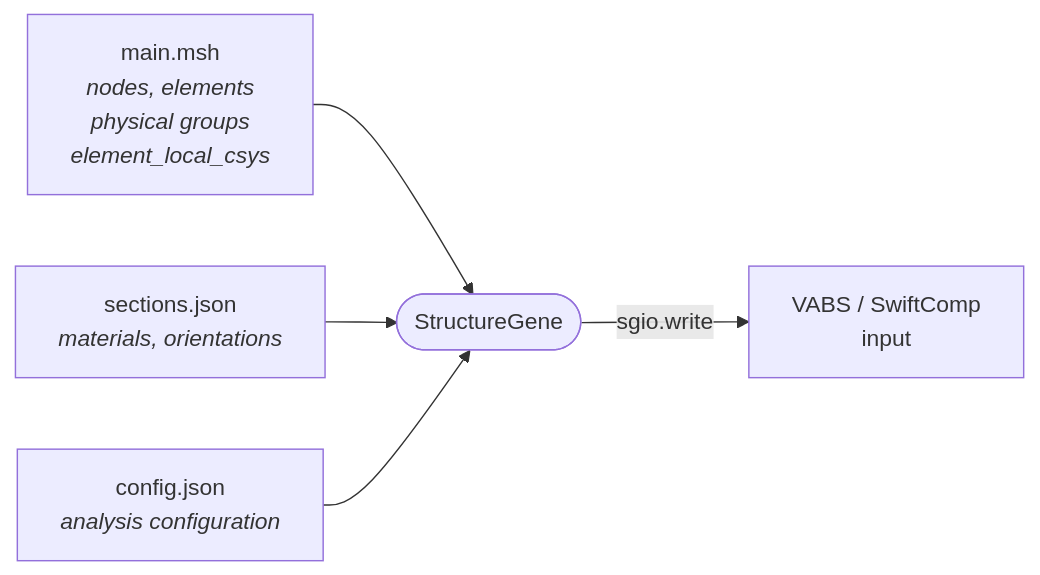
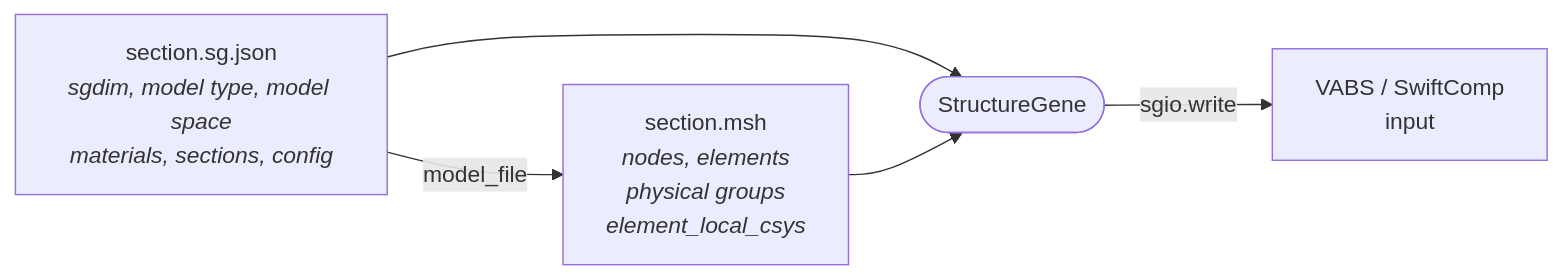
One commit to wenbinyugroup/sgio changed the diagram in docs/source/guide/gmsh.md. Above: the diagram before and after it, drawn with Mermaid. The commit also changed other lines of this file and 84 other files, not shown here.

````diff
--- a/docs/source/guide/gmsh.md
+++ b/docs/source/guide/gmsh.md
@@ -62,13 +62,12 @@
 ```{mermaid}
 flowchart LR
-    MSH["main.msh<br/><i>nodes, elements<br/>physical groups<br/>element_local_csys</i>"]
-    SEC["sections.json<br/><i>materials, orientations</i>"]
-    CFG["config.json<br/><i>analysis configuration</i>"]
+    MAN["section.sg.json<br/><i>sgdim, model type, model space<br/>materials, sections, config</i>"]
+    MSH["section.msh<br/><i>nodes, elements<br/>physical groups<br/>element_local_csys</i>"]
     SG(["StructureGene"])
     OUT["VABS / SwiftComp<br/>input"]
 
+    MAN -- "model_file" --> MSH
+    MAN --> SG
     MSH --> SG
-    SEC --> SG
-    CFG --> SG
     SG -- "sgio.write" --> OUT
 ```
````
